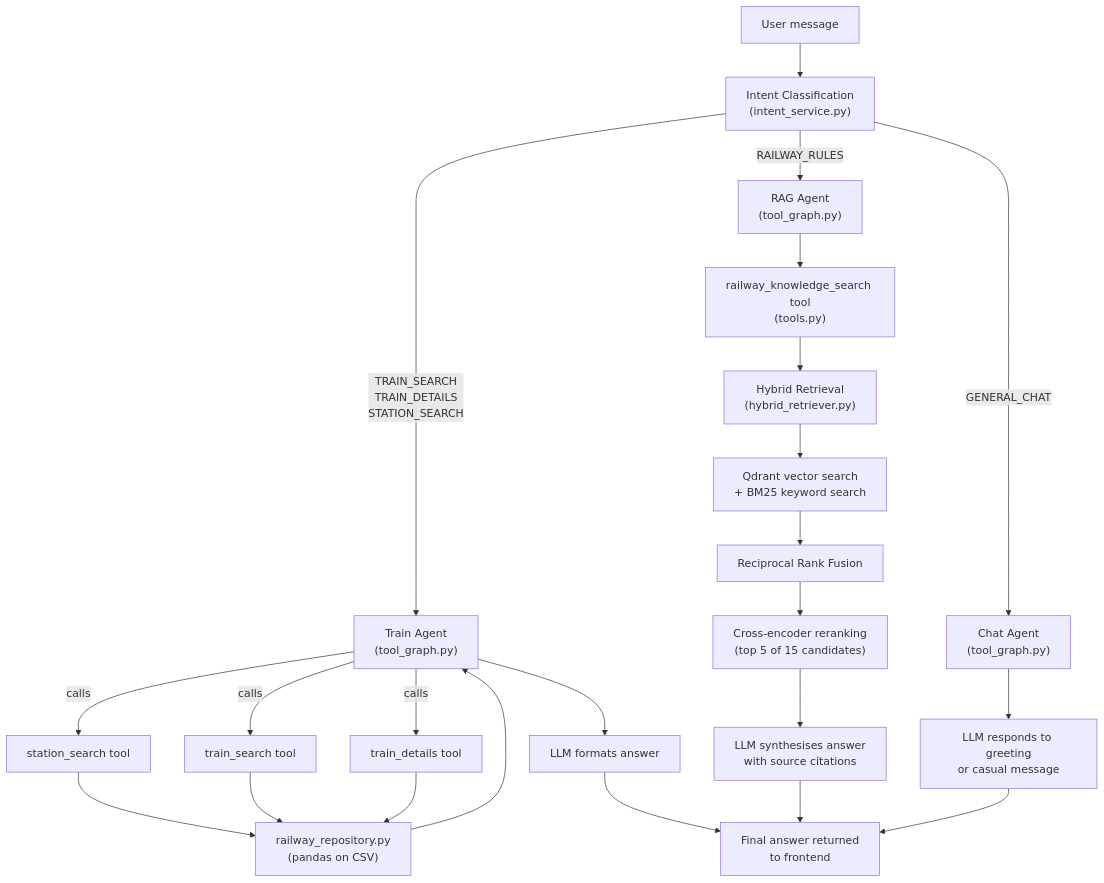
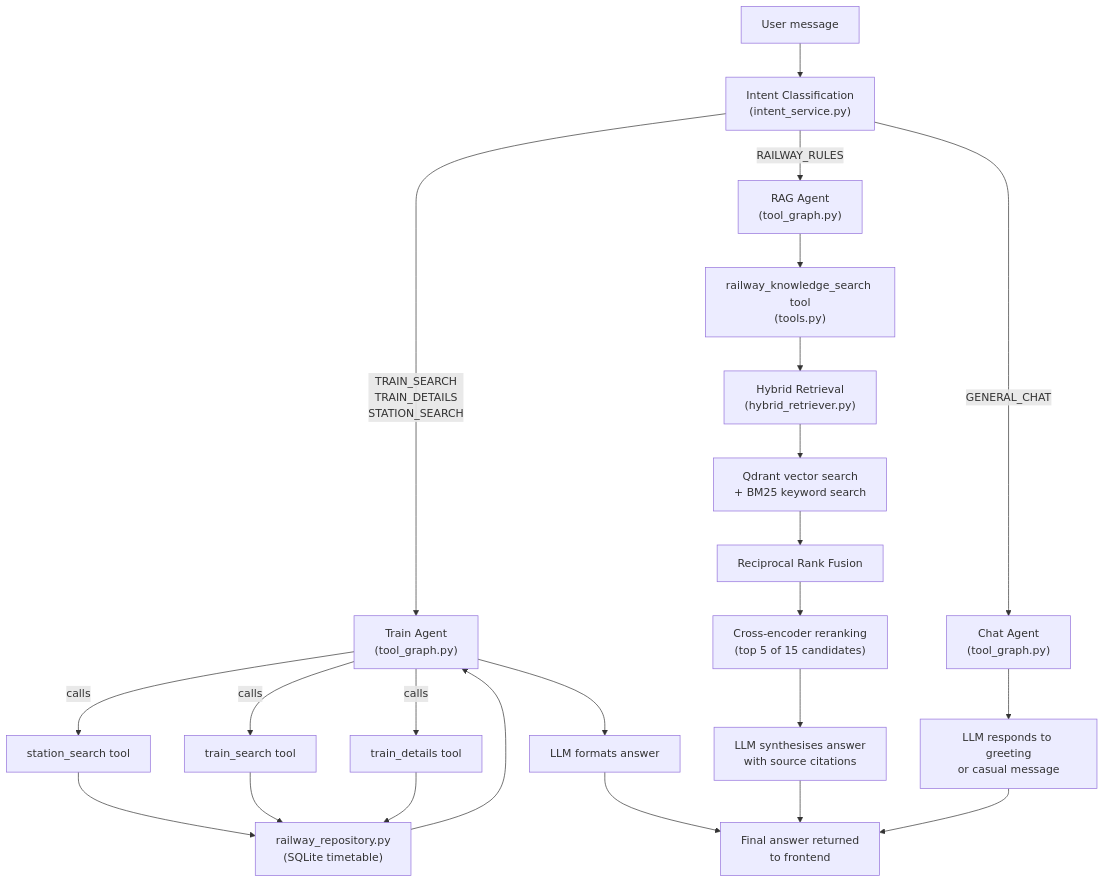
The third of 3 diagrams in README.md (BhanuPanuganti/AI-Indian-Rail-Travel-Assistant), drawn with Mermaid before and after one commit. The commit also changed other lines of this file and 34 other files, not shown here.

````diff
--- a/README.md
+++ b/README.md
@@ -203,24 +204,24 @@
 ```mermaid
 flowchart TD
     A["User message"] --> B["Intent Classification\n(intent_service.py)"]
     B -->|TRAIN_SEARCH\nTRAIN_DETAILS\nSTATION_SEARCH| C["Train Agent\n(tool_graph.py)"]
     B -->|RAILWAY_RULES| D["RAG Agent\n(tool_graph.py)"]
     B -->|GENERAL_CHAT| E["Chat Agent\n(tool_graph.py)"]
 
     C -->|calls| F["station_search tool"]
     C -->|calls| G["train_search tool"]
     C -->|calls| H["train_details tool"]
-    F & G & H --> I["railway_repository.py\n(pandas on CSV)"]
+    F & G & H --> I["railway_repository.py\n(SQLite timetable)"]
     I --> C --> J["LLM formats answer"]
 
     D --> K["railway_knowledge_search tool\n(tools.py)"]
     K --> L["Hybrid Retrieval\n(hybrid_retriever.py)"]
     L --> M["Qdrant vector search\n+ BM25 keyword search"]
     M --> N["Reciprocal Rank Fusion"]
     N --> O["Cross-encoder reranking\n(top 5 of 15 candidates)"]
     O --> P["LLM synthesises answer\nwith source citations"]
 
     E --> Q["LLM responds to greeting\nor casual message"]
 
     J & P & Q --> R["Final answer returned\nto frontend"]
 ```
````
